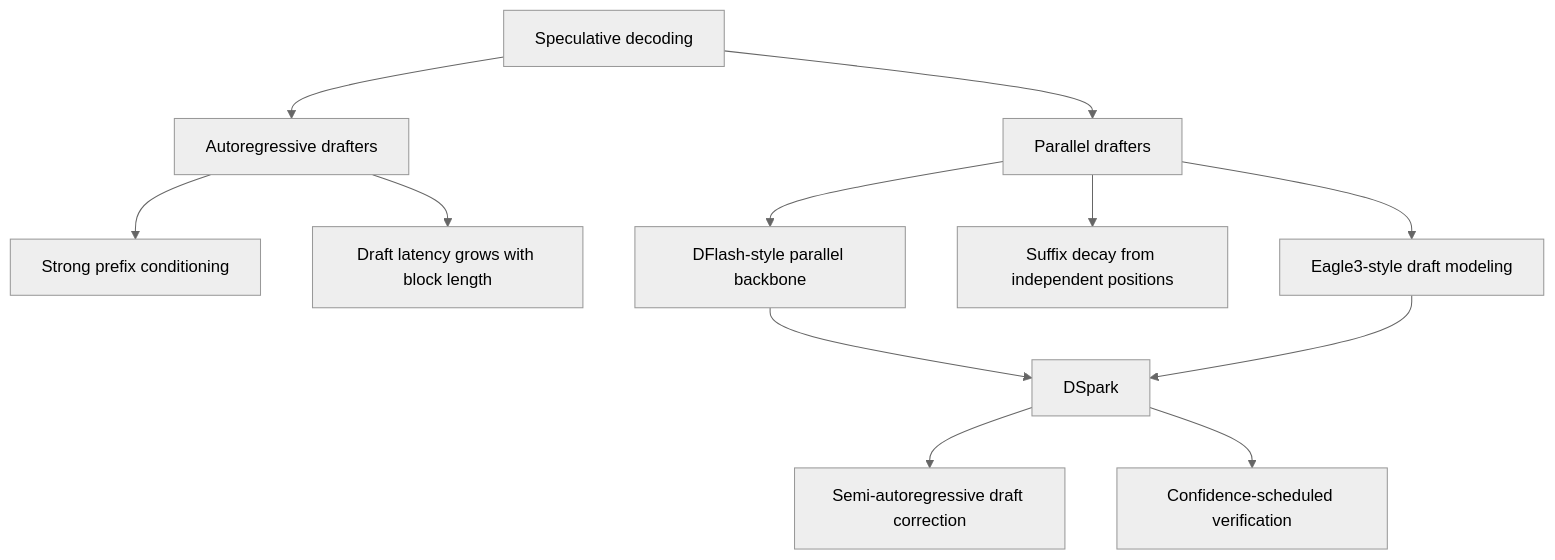
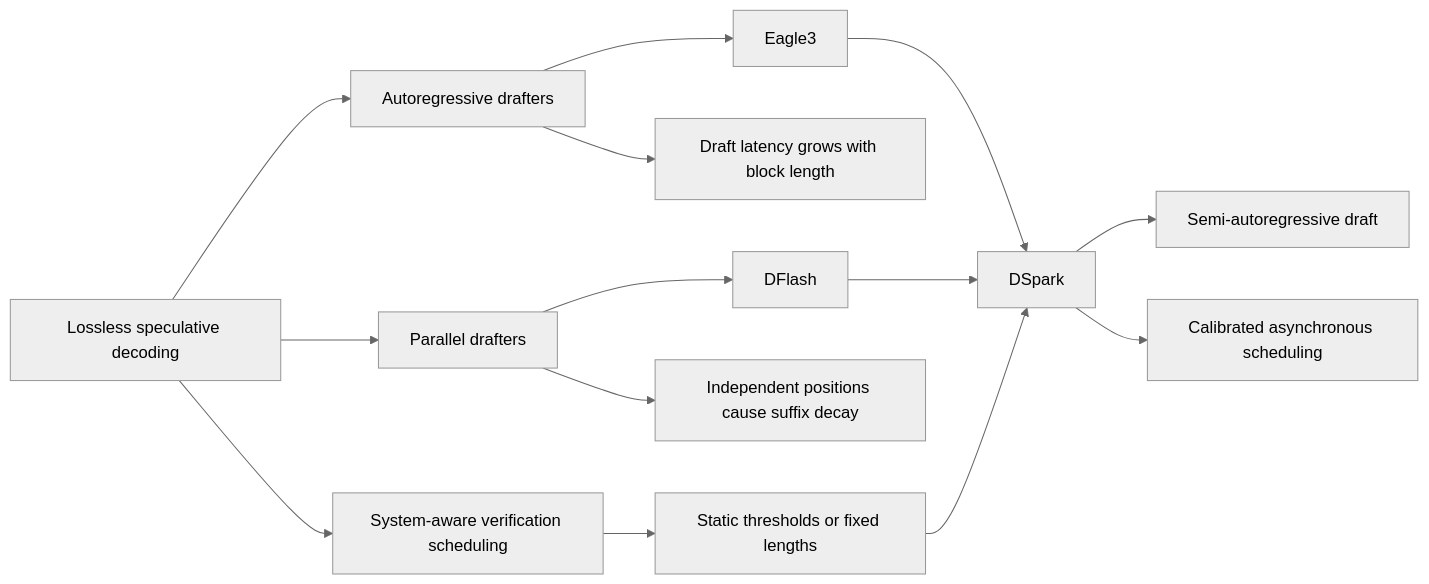
One commit to zhongzhouTan-coder/zhongzhouTan-coder.github.io changed the diagram in docs/frameworks/dspark/index.md. Above: the diagram before and after it, drawn with Mermaid (neutral theme). The commit also changed other lines of this file and 54 other files, not shown here.

````diff
--- a/docs/frameworks/dspark/index.md
+++ b/docs/frameworks/dspark/index.md
@@ -43,14 +44,16 @@
 ```mermaid
-flowchart TD
-    SD[Speculative decoding] --> AR[Autoregressive drafters]
-    SD --> PD[Parallel drafters]
-    AR --> ARB[Strong prefix conditioning]
-    AR --> ARC[Draft latency grows with block length]
-    PD --> DFlash[DFlash-style parallel backbone]
-    PD --> PDC[Suffix decay from independent positions]
-    PD --> Eagle3[Eagle3-style draft modeling]
-    DFlash --> DSpark[DSpark]
-    Eagle3 --> DSpark
-    DSpark --> SAR[Semi-autoregressive draft correction]
-    DSpark --> CSV[Confidence-scheduled verification]
+flowchart LR
+  SD[Lossless speculative decoding] --> AR[Autoregressive drafters]
+  SD --> PG[Parallel drafters]
+  SD --> SYS[System-aware verification scheduling]
+  AR --> EAGLE[Eagle3]
+  AR --> AR_COST[Draft latency grows with block length]
+  PG --> DFLASH[DFlash]
+  PG --> PAR_DECAY[Independent positions cause suffix decay]
+  SYS --> STATIC[Static thresholds or fixed lengths]
+  EAGLE --> DSPARK[DSpark]
+  DFLASH --> DSPARK
+  STATIC --> DSPARK
+  DSPARK --> SAR[Semi-autoregressive draft]
+  DSPARK --> CAS[Calibrated asynchronous scheduling]
 ```
````
